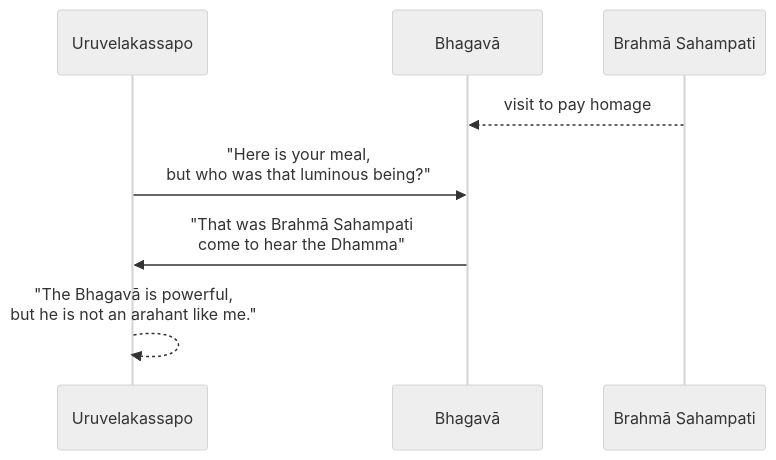
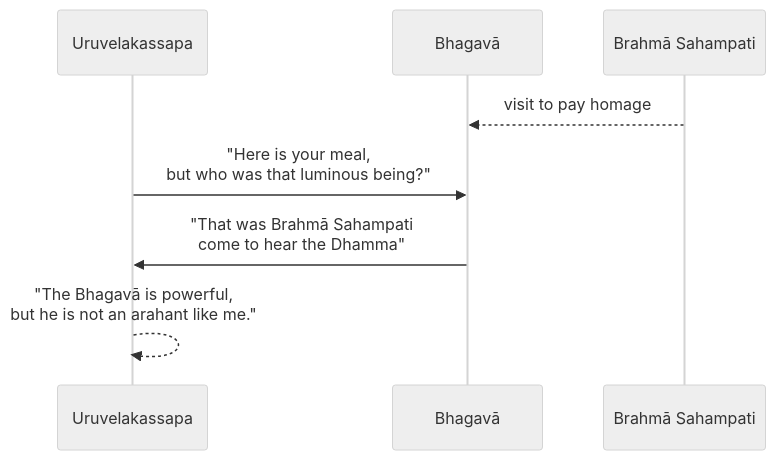
One commit to tidipa/tidipa.github.io changed the fifth of 16 diagrams in src/content/docs/khandhaka/1-12.mdx. Above: the diagram before and after it, drawn with Mermaid (neutral theme). The commit also changed other lines of this file and 48 other files, not shown here.

````diff
--- a/src/content/docs/khandhaka/1-12.mdx
+++ b/src/content/docs/khandhaka/1-12.mdx
@@ -99,10 +99,10 @@
 ```mermaid
 sequenceDiagram
-	participant A1 as Uruvelakassapo
+	participant A1 as Uruvelakassapa
 	participant B as Bhagavā
 	participant X as Brahmā Sahampati
 	X-->>B: visit to pay homage
 	A1->>B: "Here is your meal, <br>but who was that luminous being?"
 	B->>A1: "That was Brahmā Sahampati<br>come to hear the Dhamma"
 	A1-->>A1: "The Bhagavā is powerful, <br>but he is not an arahant like me."
 ```
````
